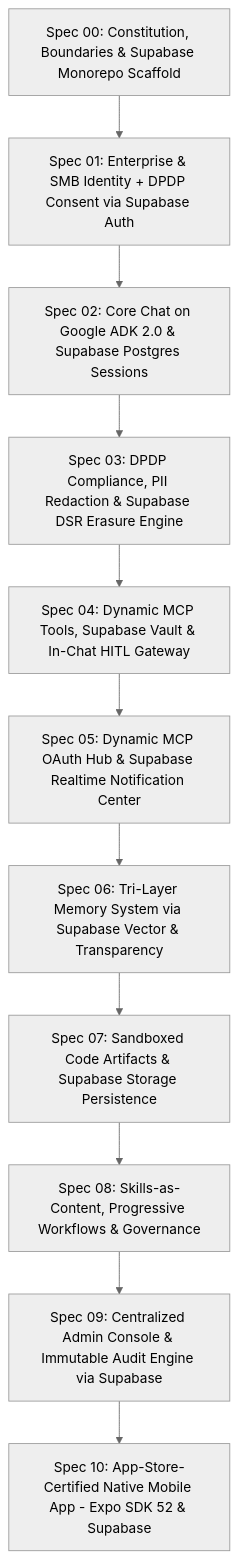
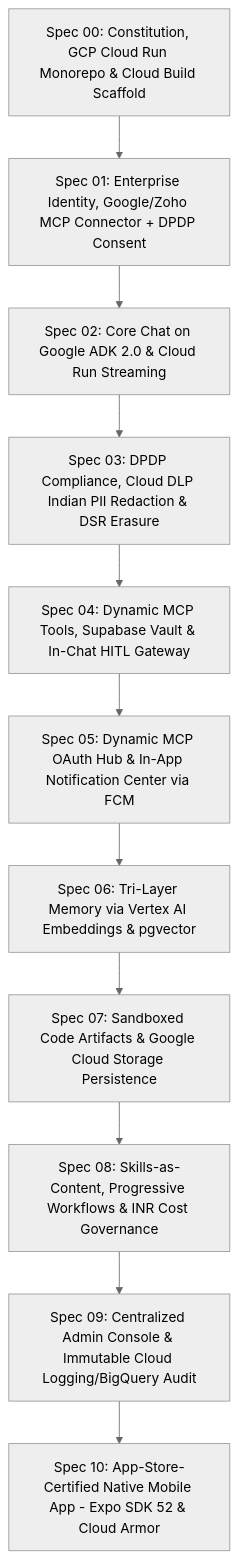
One commit to SagarMeisheri/workkbot changed the diagram in gemini-specs/README.md. Above: the diagram before and after it, drawn with Mermaid (neutral theme). The commit also changed other lines of this file and 14 other files, not shown here.

````diff
--- a/gemini-specs/README.md
+++ b/gemini-specs/README.md
@@ -36,13 +41,13 @@
 ```mermaid
 graph TD
-    S00[Spec 00: Constitution, Boundaries & Supabase Monorepo Scaffold] --> S01[Spec 01: Enterprise & SMB Identity + DPDP Consent via Supabase Auth]
-    S01 --> S02[Spec 02: Core Chat on Google ADK 2.0 & Supabase Postgres Sessions]
-    S02 --> S03[Spec 03: DPDP Compliance, PII Redaction & Supabase DSR Erasure Engine]
+    S00[Spec 00: Constitution, GCP Cloud Run Monorepo & Cloud Build Scaffold] --> S01[Spec 01: Enterprise Identity, Google/Zoho MCP Connector + DPDP Consent]
+    S01 --> S02[Spec 02: Core Chat on Google ADK 2.0 & Cloud Run Streaming]
+    S02 --> S03[Spec 03: DPDP Compliance, Cloud DLP Indian PII Redaction & DSR Erasure]
     S03 --> S04[Spec 04: Dynamic MCP Tools, Supabase Vault & In-Chat HITL Gateway]
-    S04 --> S05[Spec 05: Dynamic MCP OAuth Hub & Supabase Realtime Notification Center]
-    S05 --> S06[Spec 06: Tri-Layer Memory System via Supabase Vector & Transparency]
-    S06 --> S07[Spec 07: Sandboxed Code Artifacts & Supabase Storage Persistence]
-    S07 --> S08[Spec 08: Skills-as-Content, Progressive Workflows & Governance]
-    S08 --> S09[Spec 09: Centralized Admin Console & Immutable Audit Engine via Supabase]
-    S09 --> S10[Spec 10: App-Store-Certified Native Mobile App - Expo SDK 52 & Supabase]
+    S04 --> S05[Spec 05: Dynamic MCP OAuth Hub & In-App Notification Center via FCM]
+    S05 --> S06[Spec 06: Tri-Layer Memory via Vertex AI Embeddings & pgvector]
+    S06 --> S07[Spec 07: Sandboxed Code Artifacts & Google Cloud Storage Persistence]
+    S07 --> S08[Spec 08: Skills-as-Content, Progressive Workflows & INR Cost Governance]
+    S08 --> S09[Spec 09: Centralized Admin Console & Immutable Cloud Logging/BigQuery Audit]
+    S09 --> S10[Spec 10: App-Store-Certified Native Mobile App - Expo SDK 52 & Cloud Armor]
 ```
````
